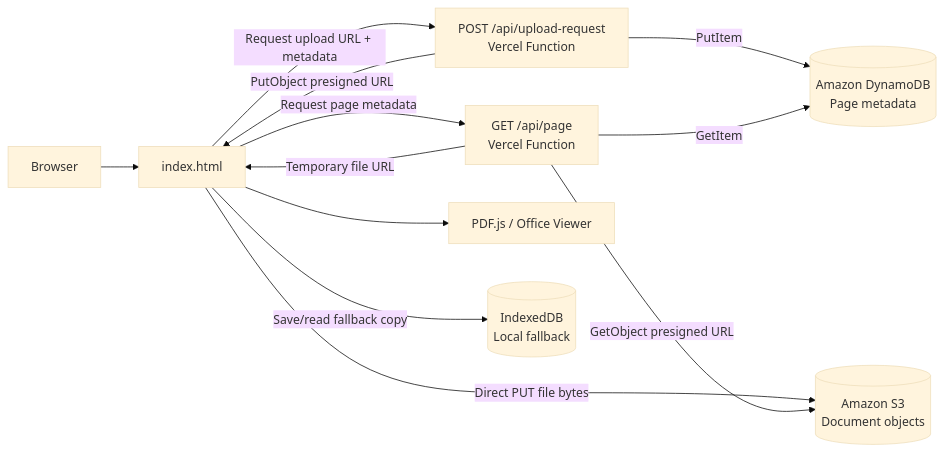
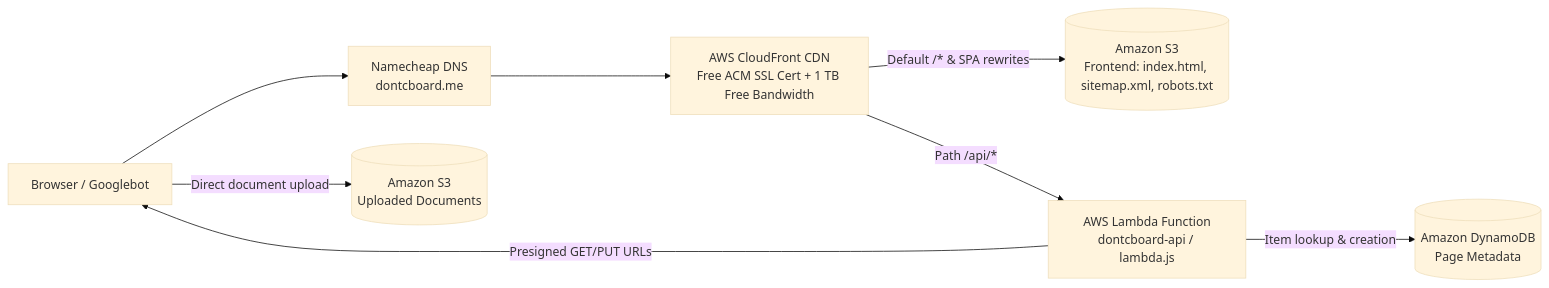
The diagram in README.md (dhanikak15-ai/EasyWritedown), drawn with Mermaid (base theme) before and after one commit. The commit also changed other lines of this file and 3 other files, not shown here.

Commit message:
Add static sitemap.xml, robots.txt, unified lambda.js, SEO enhancements, and update README for AWS

````diff
--- a/README.md
+++ b/README.md
@@ -23,23 +24,18 @@
 ```mermaid
 flowchart LR
-    User[Browser]
-    Frontend[index.html]
-    UploadAPI[POST /api/upload-request\nVercel Function]
-    PageAPI[GET /api/page\nVercel Function]
-    S3[(Amazon S3\nDocument objects)]
-    DDB[(Amazon DynamoDB\nPage metadata)]
-    PDF[PDF.js / Office Viewer]
-    Local[(IndexedDB\nLocal fallback)]
+    User[Browser / Googlebot]
+    DNS[Namecheap DNS\ndontcboard.me]
+    CF[AWS CloudFront CDN\nFree ACM SSL Cert + 1 TB Free Bandwidth]
+    S3Front[(Amazon S3\nFrontend: index.html, sitemap.xml, robots.txt)]
+    Lambda[AWS Lambda Function\ndontcboard-api / lambda.js]
+    S3Docs[(Amazon S3\nUploaded Documents)]
+    DDB[(Amazon DynamoDB\nPage Metadata)]
 
-    User --> Frontend
-    Frontend -->|Request upload URL + metadata| UploadAPI
-    UploadAPI -->|PutObject presigned URL| Frontend
-    Frontend -->|Direct PUT file bytes| S3
-    UploadAPI -->|PutItem| DDB
-    Frontend -->|Request page metadata| PageAPI
-    PageAPI -->|GetItem| DDB
-    PageAPI -->|GetObject presigned URL| S3
-    PageAPI -->|Temporary file URL| Frontend
-    Frontend --> PDF
-    Frontend -->|Save/read fallback copy| Local
+    User --> DNS
+    DNS --> CF
+    CF -->|Default /* & SPA rewrites| S3Front
+    CF -->|Path /api/*| Lambda
+    Lambda -->|Presigned GET/PUT URLs| User
+    User -->|Direct document upload| S3Docs
+    Lambda -->|Item lookup & creation| DDB
 ```
````
